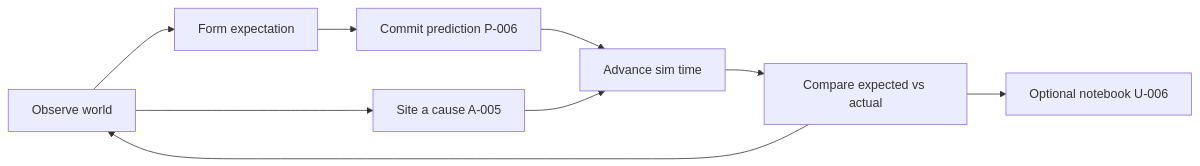
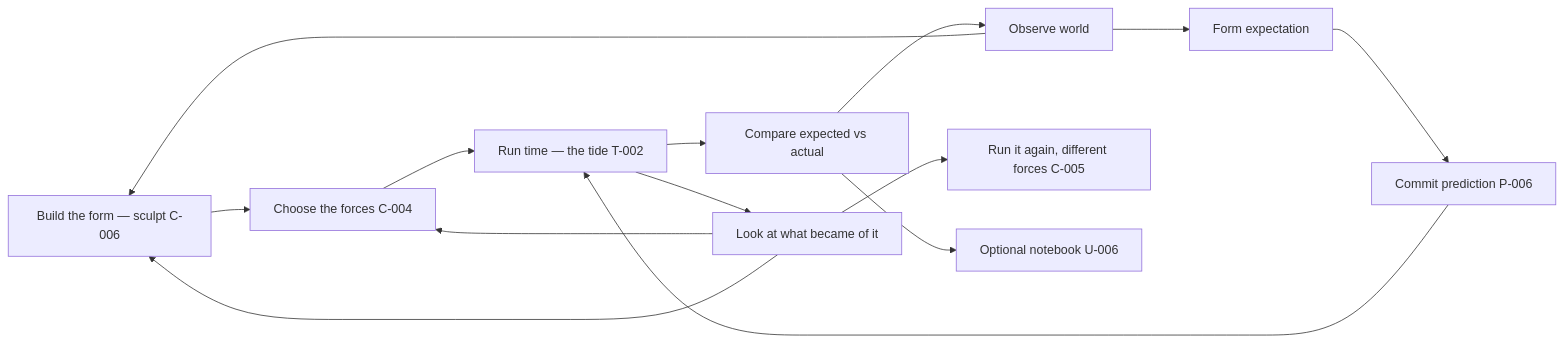
The first of 2 diagrams in docs/MVP_SCOPE.md (mrfootandmrbear/Habitat), drawn with Mermaid before and after one commit. The commit also changed other lines of this file and 5 other files, not shown here.

````diff
--- a/docs/MVP_SCOPE.md
+++ b/docs/MVP_SCOPE.md
@@ -32,11 +32,16 @@
 ```mermaid
 flowchart LR
+  build[Build the form — sculpt C-006] --> forces[Choose the forces C-004]
+  forces --> advance[Run time — the tide T-002]
+  advance --> look[Look at what became of it]
+  look --> forces
+  look --> build
   observe[Observe world] --> expect[Form expectation]
   expect --> predict[Commit prediction P-006]
-  predict --> advance[Advance sim time]
+  predict --> advance
   advance --> compare[Compare expected vs actual]
   compare --> observe
-  observe --> intervene[Site a cause A-005]
-  intervene --> advance
+  observe --> build
+  look --> branch[Run it again, different forces C-005]
   compare --> explain[Optional notebook U-006]
 ```
````
